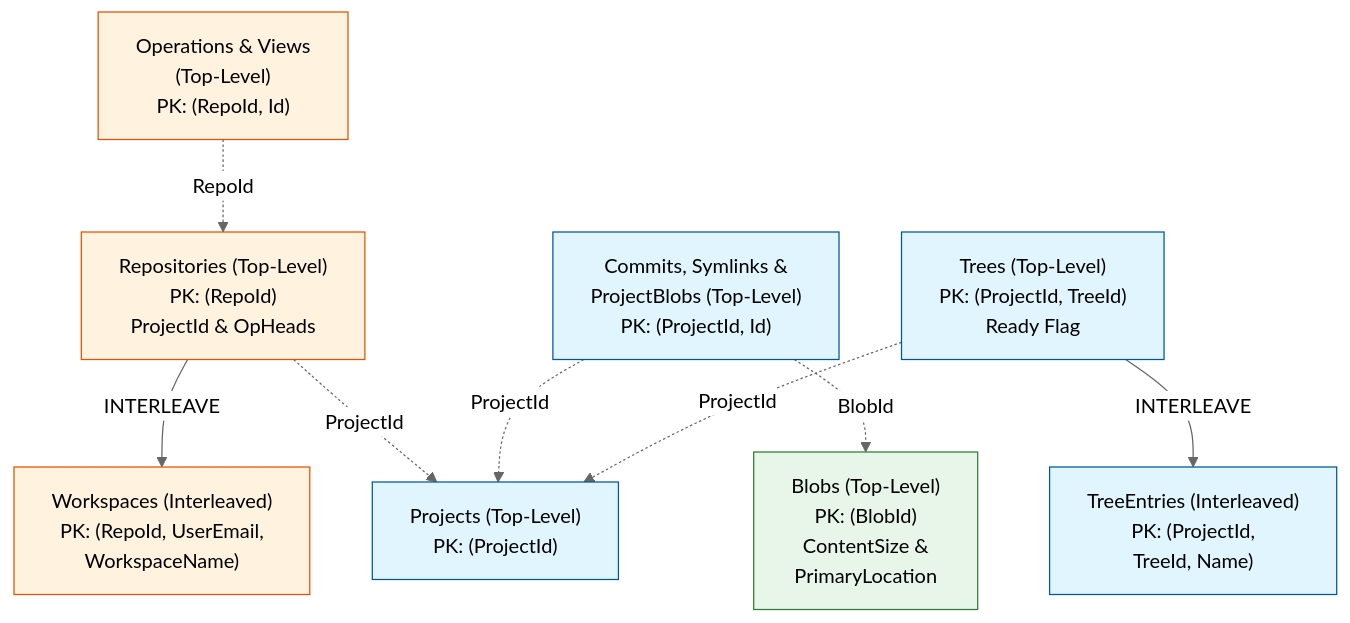
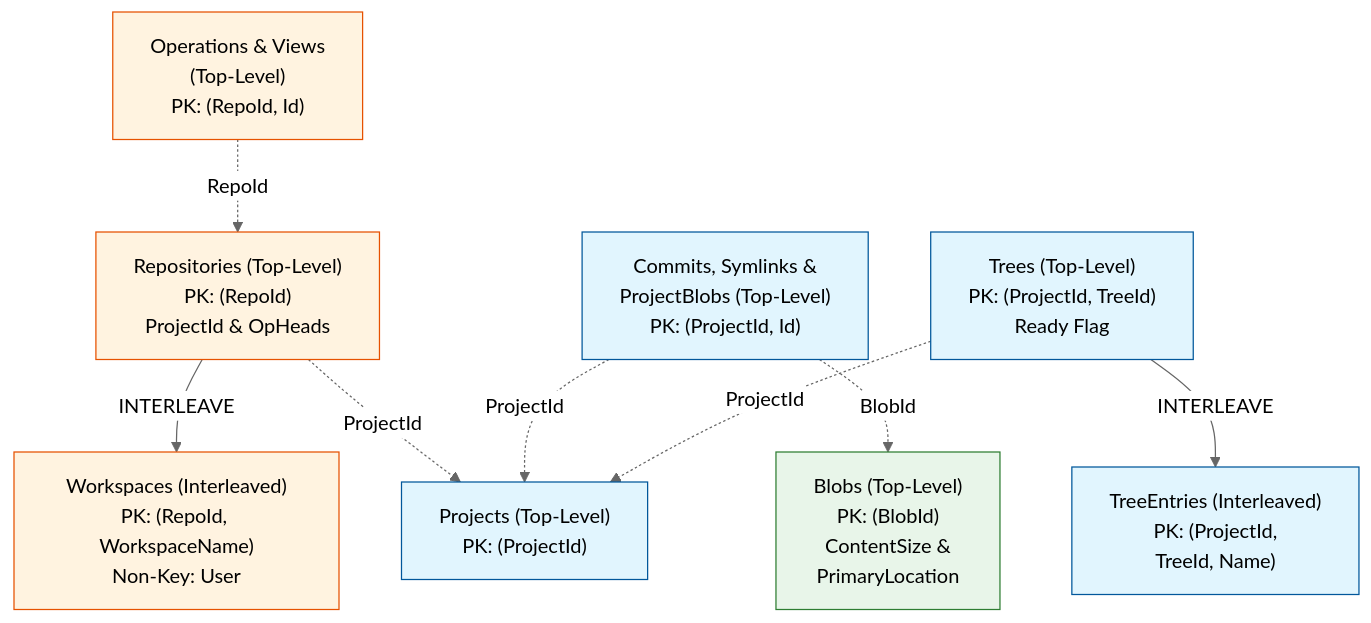
Before and after one commit to jj-vcs/jj-commit-cloud: the second of 2 diagrams in docs/data-model.md, drawn with Mermaid (neutral theme). The commit also changed other lines of this file and 44 other files, not shown here.

Commit message:
refactor(workspace,schema): key Workspaces by (RepoId, WorkspaceName) with non-key user

````diff
--- a/docs/data-model.md
+++ b/docs/data-model.md
@@ -128,25 +128,25 @@
 ```mermaid
 flowchart TD
     classDef cas fill:#e1f5fe,stroke:#01579b,color:#000;
     classDef oplog fill:#fff3e0,stroke:#e65100,color:#000;
     classDef storage fill:#e8f5e9,stroke:#2e7d32,color:#000;
 
     Repos["Repositories (Top-Level)<br/>PK: (RepoId)<br/>ProjectId & OpHeads"]:::oplog
-    Workspaces["Workspaces (Interleaved)<br/>PK: (RepoId, UserEmail,<br/>WorkspaceName)"]:::oplog
+    Workspaces["Workspaces (Interleaved)<br/>PK: (RepoId, WorkspaceName)<br/>Non-Key: User"]:::oplog
     OpsViews["Operations & Views<br/>(Top-Level)<br/>PK: (RepoId, Id)"]:::oplog
 
     Projects["Projects (Top-Level)<br/>PK: (ProjectId)"]:::cas
     CommitsSym["Commits, Symlinks &<br/>ProjectBlobs (Top-Level)<br/>PK: (ProjectId, Id)"]:::cas
     Trees["Trees (Top-Level)<br/>PK: (ProjectId, TreeId)<br/>Ready Flag"]:::cas
     TreeEntries["TreeEntries (Interleaved)<br/>PK: (ProjectId,<br/>TreeId, Name)"]:::cas
 
     Blobs["Blobs (Top-Level)<br/>PK: (BlobId)<br/>ContentSize &<br/>PrimaryLocation"]:::storage
 
     Repos -->|"INTERLEAVE"| Workspaces
     OpsViews -.->|"RepoId"| Repos
     Repos -.->|"ProjectId"| Projects
     CommitsSym -.->|"ProjectId"| Projects
     Trees -.->|"ProjectId"| Projects
     Trees -->|"INTERLEAVE"| TreeEntries
     CommitsSym -.->|"BlobId"| Blobs
 ```
````
